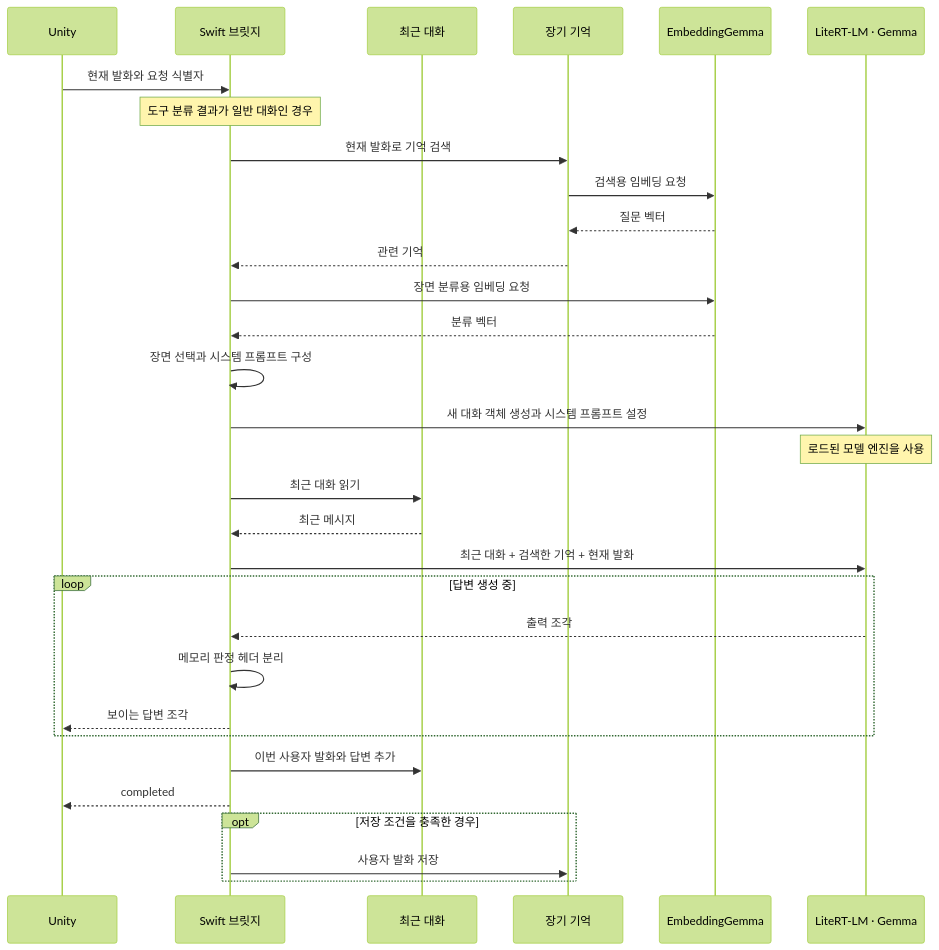
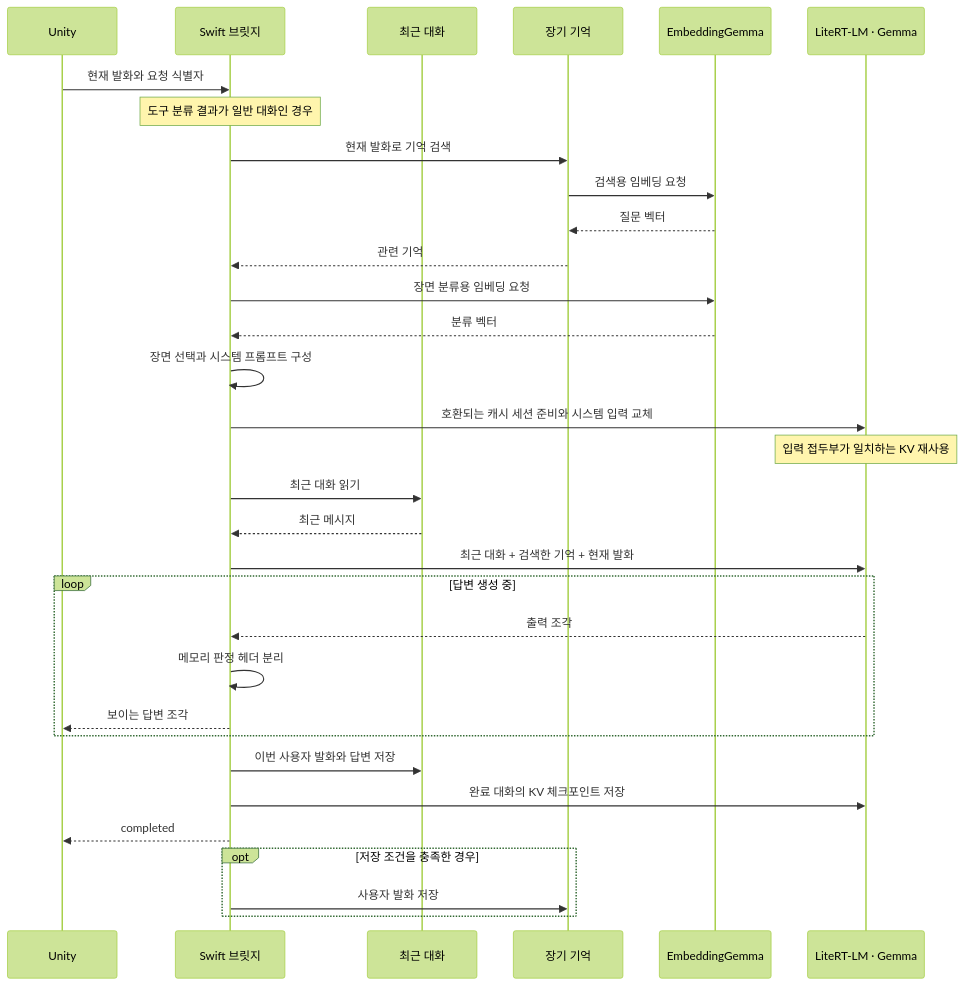
Before and after one commit to pysunn14/docs-beolmuri-ai: the second of 2 diagrams in src/content/docs/architecture/Architecture.md, drawn with Mermaid (forest theme). The commit also changed other lines of this file and 11 other files, not shown here.

````diff
--- a/src/content/docs/architecture/Architecture.md
+++ b/src/content/docs/architecture/Architecture.md
@@ -78,36 +78,37 @@
 ```mermaid
 sequenceDiagram
     participant U as Unity
     participant B as Swift 브릿지
     participant H as 최근 대화
     participant M as 장기 기억
     participant E as EmbeddingGemma
     participant G as LiteRT-LM · Gemma
 
     U->>B: 현재 발화와 요청 식별자
     Note over B: 도구 분류 결과가 일반 대화인 경우
     B->>M: 현재 발화로 기억 검색
     M->>E: 검색용 임베딩 요청
     E-->>M: 질문 벡터
     M-->>B: 관련 기억
     B->>E: 장면 분류용 임베딩 요청
     E-->>B: 분류 벡터
     B->>B: 장면 선택과 시스템 프롬프트 구성
-    B->>G: 새 대화 객체 생성과 시스템 프롬프트 설정
-    Note over G: 로드된 모델 엔진을 사용
+    B->>G: 호환되는 캐시 세션 준비와 시스템 입력 교체
+    Note over G: 입력 접두부가 일치하는 KV 재사용
     B->>H: 최근 대화 읽기
     H-->>B: 최근 메시지
     B->>G: 최근 대화 + 검색한 기억 + 현재 발화
 
     loop 답변 생성 중
         G-->>B: 출력 조각
         B->>B: 메모리 판정 헤더 분리
         B-->>U: 보이는 답변 조각
     end
 
-    B->>H: 이번 사용자 발화와 답변 추가
+    B->>H: 이번 사용자 발화와 답변 저장
+    B->>G: 완료 대화의 KV 체크포인트 저장
     B-->>U: completed
     opt 저장 조건을 충족한 경우
         B->>M: 사용자 발화 저장
     end
 ```
````
